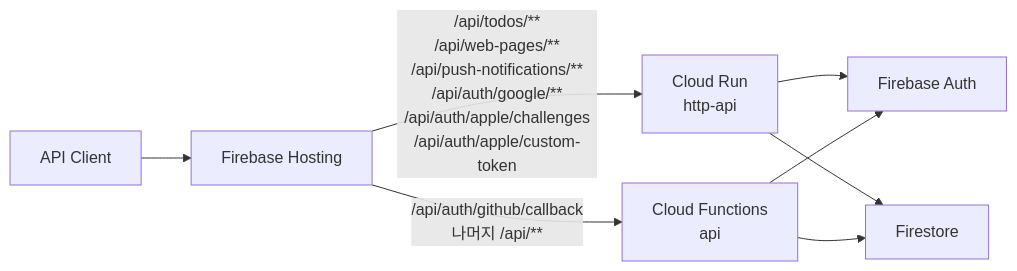
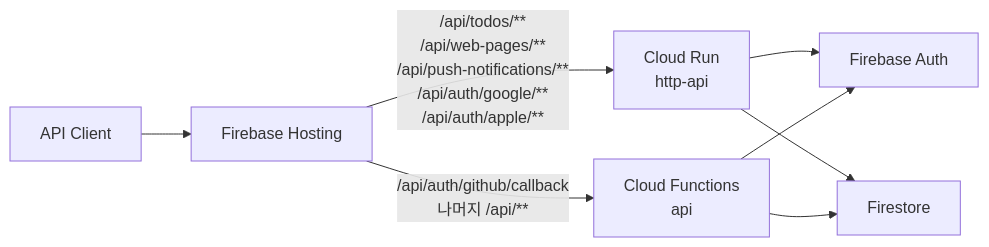
One commit to opficdev/DevLog_Firebase changed the first of 2 diagrams in README.md. Above: the diagram before and after it, drawn with Mermaid. The commit also changed other lines of this file and 39 other files, not shown here.

First line of the commit message:
[#88] Apple 계정 및 token 관리 API를 NestJS로 이전한다 (#95)

````diff
--- a/README.md
+++ b/README.md
@@ -17,10 +17,10 @@
 ```mermaid
 flowchart LR
 	Client["API Client"] --> Hosting["Firebase Hosting"]
-	Hosting -->|"/api/todos/**<br/>/api/web-pages/**<br/>/api/push-notifications/**<br/>/api/auth/google/**<br/>/api/auth/apple/challenges<br/>/api/auth/apple/custom-token"| CloudRun["Cloud Run<br/>http-api"]
+	Hosting -->|"/api/todos/**<br/>/api/web-pages/**<br/>/api/push-notifications/**<br/>/api/auth/google/**<br/>/api/auth/apple/**"| CloudRun["Cloud Run<br/>http-api"]
 	Hosting -->|"/api/auth/github/callback<br/>나머지 /api/**"| Functions["Cloud Functions<br/>api"]
 	CloudRun --> Auth["Firebase Auth"]
 	Functions --> Auth
 	CloudRun --> Firestore["Firestore"]
 	Functions --> Firestore
 ```
````
